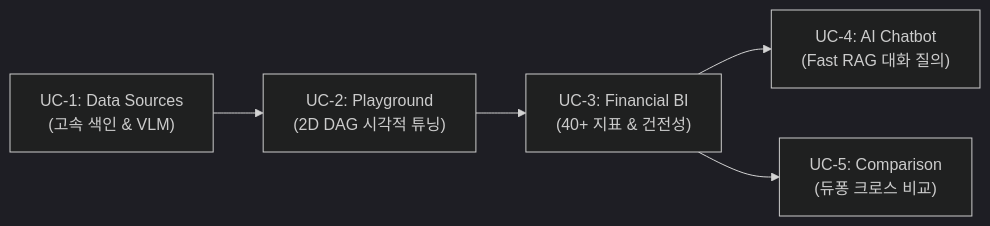
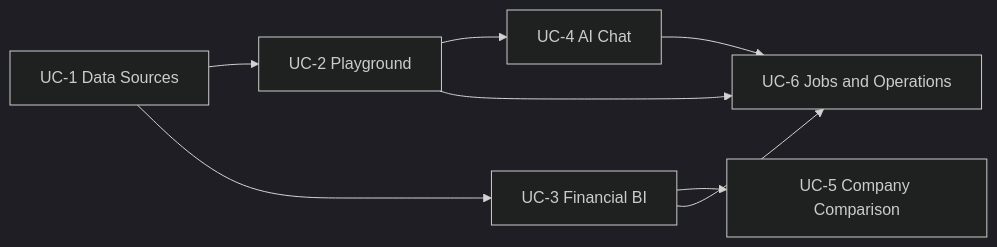
One commit to bist-mini-final/bist-mini-final changed the diagram in docs/final_report/02_requirements_analysis/SEC-204_use_case_modeling_and_traceability.md. Above: the diagram before and after it, drawn with Mermaid (dark theme). The commit also changed other lines of this file and 205 other files, not shown here.

Commit message:
feat: initialize full-stack workspace architecture with BI analytics, company comparison, and job orchestration modules

````diff
--- a/docs/final_report/02_requirements_analysis/SEC-204_use_case_modeling_and_traceability.md
+++ b/docs/final_report/02_requirements_analysis/SEC-204_use_case_modeling_and_traceability.md
@@ -9,7 +9,10 @@
 ```mermaid
 flowchart LR
-    UC1["UC-1: Data Sources\n(고속 색인 & VLM)"] --> UC2["UC-2: Playground\n(2D DAG 시각적 튜닝)"]
-    UC2 --> UC3["UC-3: Financial BI\n(40+ 지표 & 건전성)"]
-    UC3 --> UC4["UC-4: AI Chatbot\n(Fast RAG 대화 질의)"]
-    UC3 --> UC5["UC-5: Comparison\n(듀퐁 크로스 비교)"]
+    DS[UC-1 Data Sources] --> PG[UC-2 Playground]
+    DS --> BI[UC-3 Financial BI]
+    PG --> CHAT[UC-4 AI Chat]
+    BI --> COMP[UC-5 Company Comparison]
+    PG --> OPS[UC-6 Jobs and Operations]
+    BI --> OPS
+    CHAT --> OPS
 ```
````
